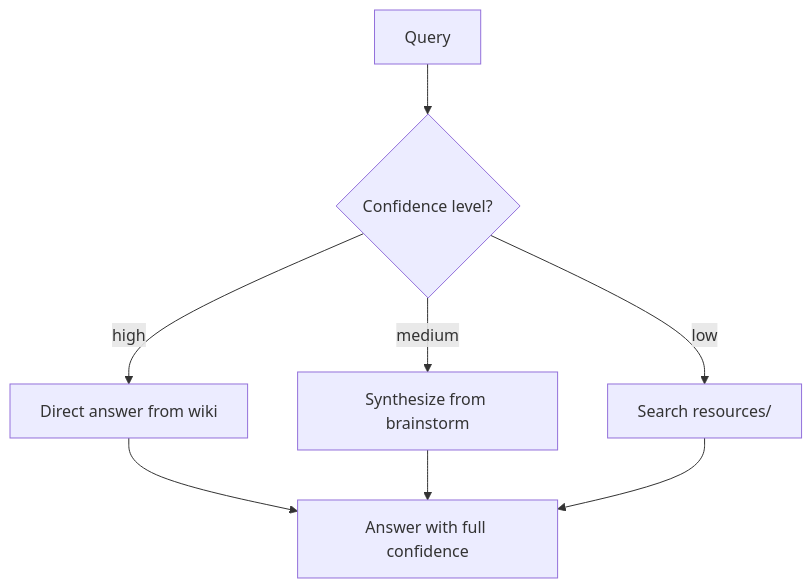
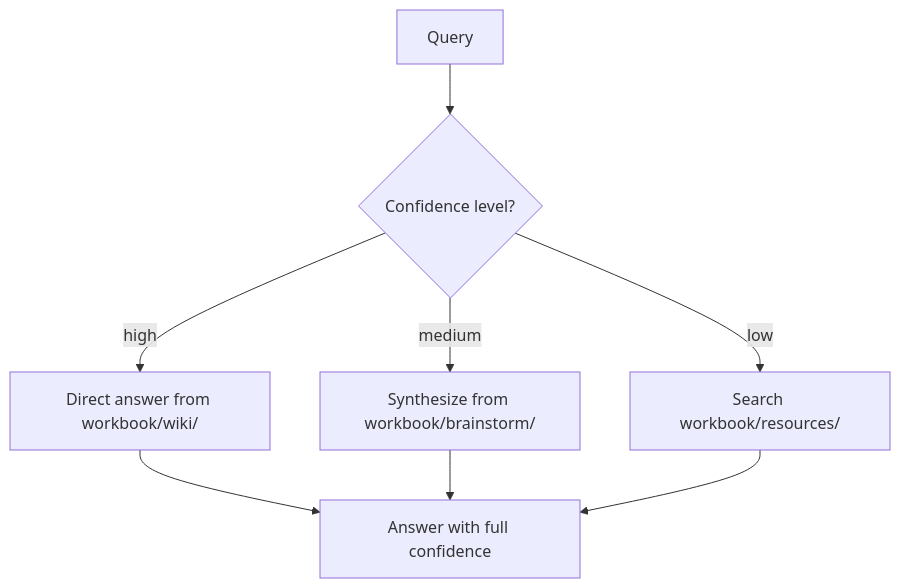
The tenth of 11 diagrams in docs/routing-flows.md (gengyabc/baicai-notebook), drawn with Mermaid before and after one commit. The commit also changed other lines of this file and 43 other files, not shown here.

````diff
--- a/docs/routing-flows.md
+++ b/docs/routing-flows.md
@@ -256,10 +256,10 @@
 ```mermaid
 flowchart TD
     A[Query] --> B{Confidence level?}
-    B -->|high| C[Direct answer from wiki]
-    B -->|medium| D[Synthesize from brainstorm]
-    B -->|low| E[Search resources/]
+    B -->|high| C[Direct answer from workbook/wiki/]
+    B -->|medium| D[Synthesize from workbook/brainstorm/]
+    B -->|low| E[Search workbook/resources/]
     C --> F[Answer with full confidence]
     D --> F
     E --> F
 ```
````
